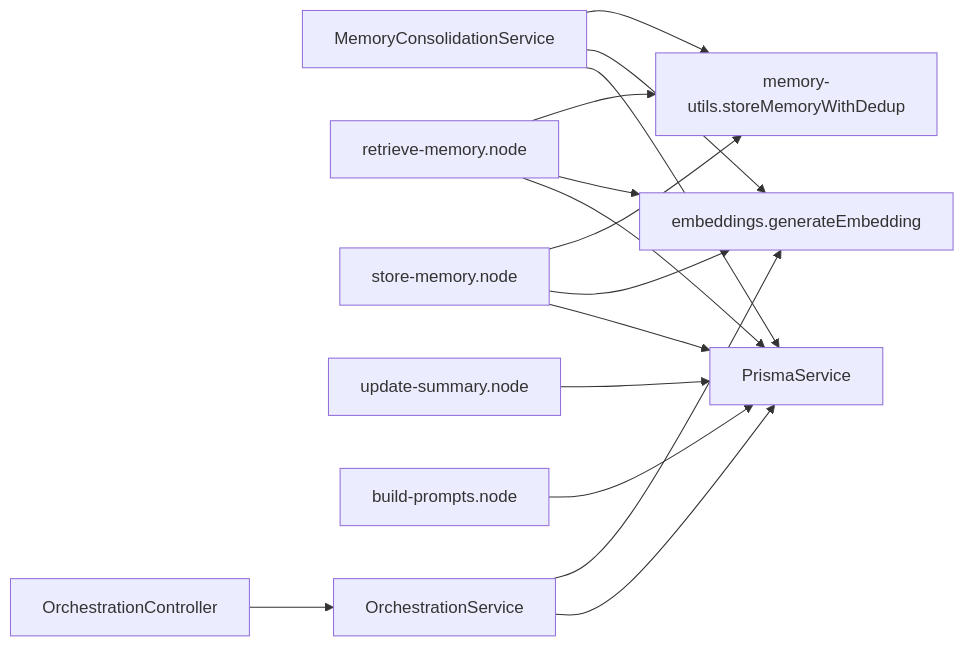
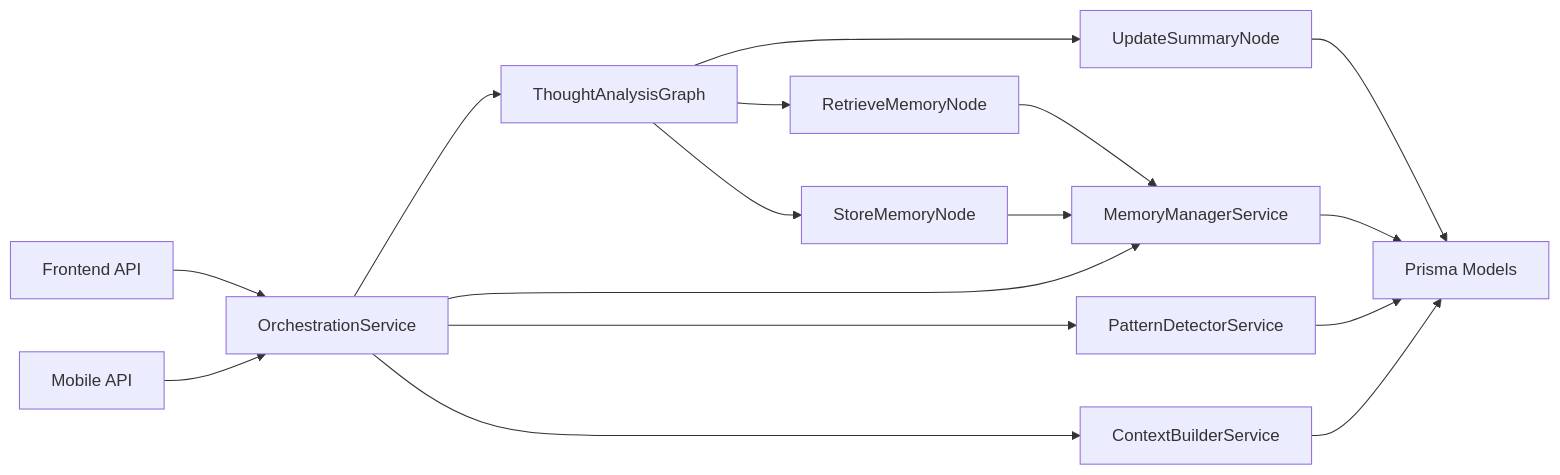
The sixth of 6 diagrams in .qoder/repowiki/en/content/Core Features/Thought & Memory System/Memory Consolidation & Retrieval.md (statgod6/4ever), drawn with Mermaid before and after one commit. The commit also changed other lines of this file and 116 other files, not shown here.

````diff
--- a/.qoder/repowiki/en/content/Core Features/Thought & Memory System/Memory Consolidation & Retrieval.md
+++ b/.qoder/repowiki/en/content/Core Features/Thought & Memory System/Memory Consolidation & Retrieval.md
@@ -359,17 +355,18 @@
 ```mermaid
 graph LR
-MC["MemoryConsolidationService"] --> PRISMA["PrismaService"]
-MC --> EMB["embeddings.generateEmbedding"]
-MC --> MU["memory-utils.storeMemoryWithDedup"]
-RM["retrieve-memory.node"] --> PRISMA
-RM --> EMB
-RM --> MU
-SM["store-memory.node"] --> PRISMA
-SM --> EMB
-SM --> MU
-US["update-summary.node"] --> PRISMA
-BP["build-prompts.node"] --> PRISMA
-SVC["OrchestrationService"] --> PRISMA
-SVC --> EMB
-CTRL["OrchestrationController"] --> SVC
+ORCH["OrchestrationService"] --> GRAPH["ThoughtAnalysisGraph"]
+GRAPH --> RETRIEVE["RetrieveMemoryNode"]
+GRAPH --> STORE["StoreMemoryNode"]
+GRAPH --> SUMMARY["UpdateSummaryNode"]
+RETRIEVE --> MM["MemoryManagerService"]
+STORE --> MM
+SUMMARY --> PRISMA["Prisma Models"]
+ORCH --> MM
+ORCH --> PD["PatternDetectorService"]
+ORCH --> CB["ContextBuilderService"]
+MM --> PRISMA
+PD --> PRISMA
+CB --> PRISMA
+FE["Frontend API"] --> ORCH
+MOBILE["Mobile API"] --> ORCH
 ```
````
